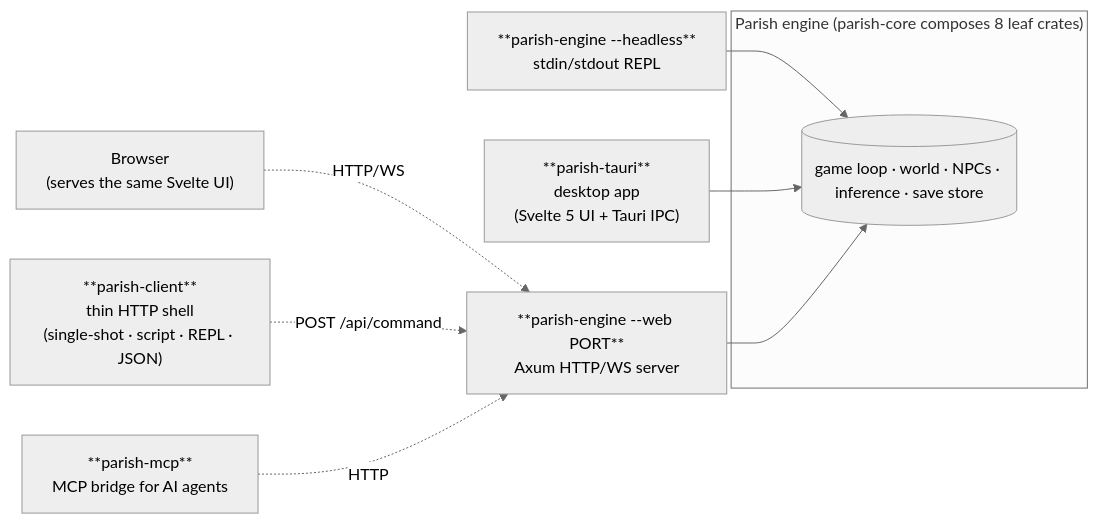
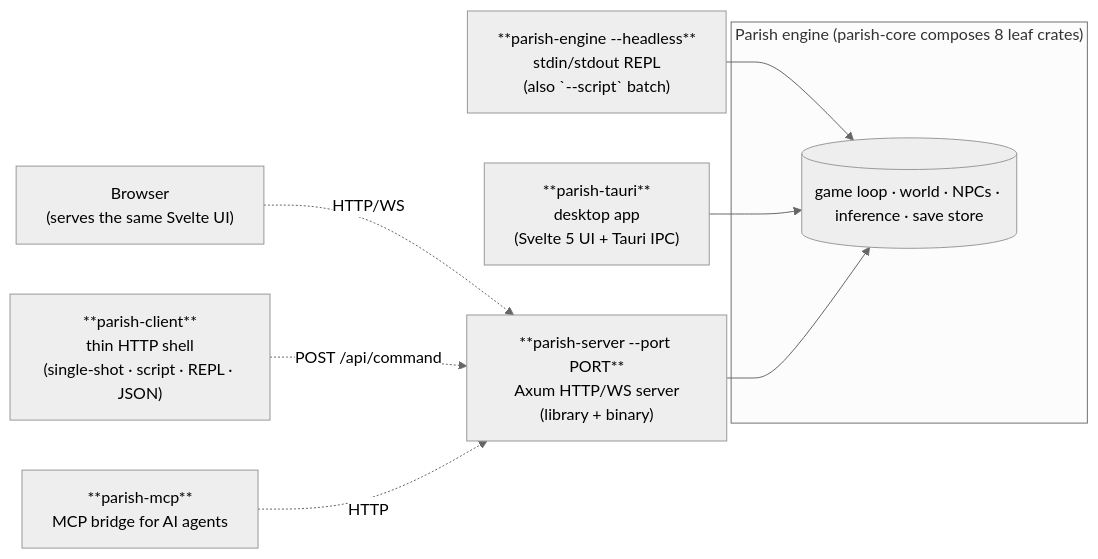
The diagram in README.md (dmooney/Rundale), drawn with Mermaid (neutral theme) before and after one commit. The commit also changed other lines of this file and 13 other files, not shown here.

````diff
--- a/README.md
+++ b/README.md
@@ -24,21 +24,21 @@
 ```mermaid
 flowchart LR
     subgraph Engine["Parish engine (parish-core composes 8 leaf crates)"]
         Core[("game loop · world · NPCs · inference · save store")]
     end
 
-    Repl["**parish-engine --headless**<br/>stdin/stdout REPL"]
+    Repl["**parish-engine --headless**<br/>stdin/stdout REPL<br/>(also `--script` batch)"]
     Tauri["**parish-tauri**<br/>desktop app<br/>(Svelte 5 UI + Tauri IPC)"]
-    Web["**parish-engine --web PORT**<br/>Axum HTTP/WS server"]
+    Server["**parish-server --port PORT**<br/>Axum HTTP/WS server<br/>(library + binary)"]
 
     Browser["Browser<br/>(serves the same Svelte UI)"]
     Client["**parish-client**<br/>thin HTTP shell<br/>(single-shot · script · REPL · JSON)"]
     MCP["**parish-mcp**<br/>MCP bridge for AI agents"]
 
     Repl --> Core
     Tauri --> Core
-    Web --> Core
-    Browser -. HTTP/WS .-> Web
-    Client -. POST /api/command .-> Web
-    MCP -. HTTP .-> Web
+    Server --> Core
+    Browser -. HTTP/WS .-> Server
+    Client -. POST /api/command .-> Server
+    MCP -. HTTP .-> Server
 ```
````
